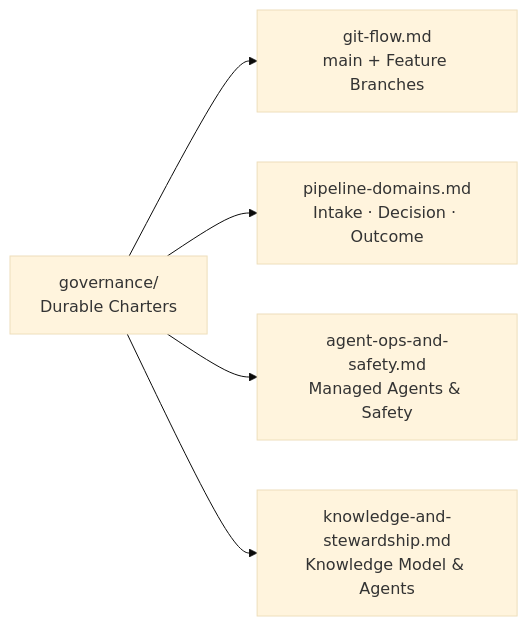
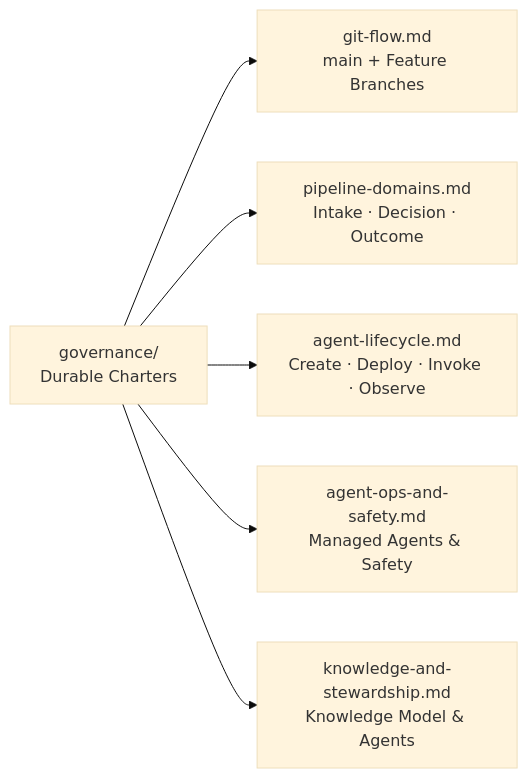
The diagram in governance/README.md (jontumalle/simon), drawn with Mermaid (base theme) before and after one commit. The commit also changed other lines of this file and 1 other file, not shown here.

Commit message:
docs(governance): add Managed Agent Create-Deploy-Invoke-Observe lifecycle charter

````diff
--- a/governance/README.md
+++ b/governance/README.md
@@ -5,7 +5,8 @@
 ```mermaid
 flowchart LR
     GOV["governance/\nDurable Charters"] --> GIT["git-flow.md\nmain + Feature Branches"]
     GOV --> DOM["pipeline-domains.md\nIntake · Decision · Outcome"]
+    GOV --> LIFE["agent-lifecycle.md\nCreate · Deploy · Invoke · Observe"]
     GOV --> SAFE["agent-ops-and-safety.md\nManaged Agents & Safety"]
     GOV --> STEW["knowledge-and-stewardship.md\nKnowledge Model & Agents"]
 ```
````
